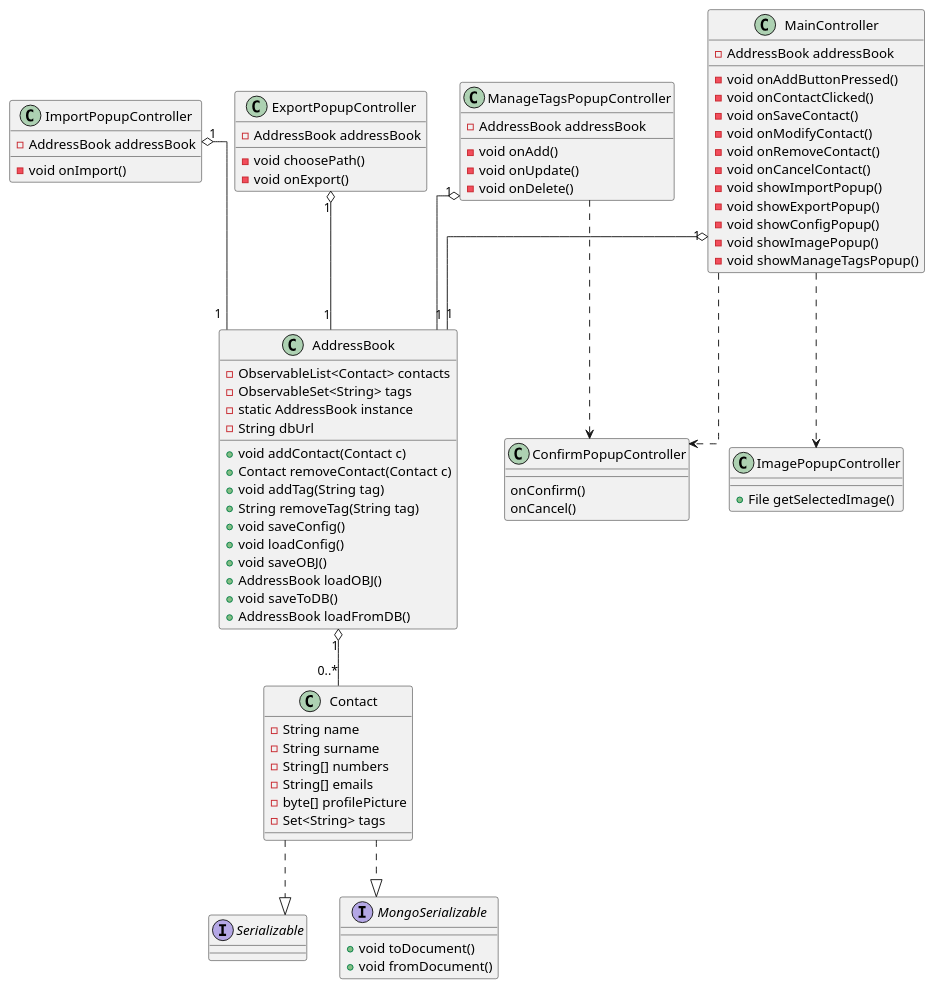
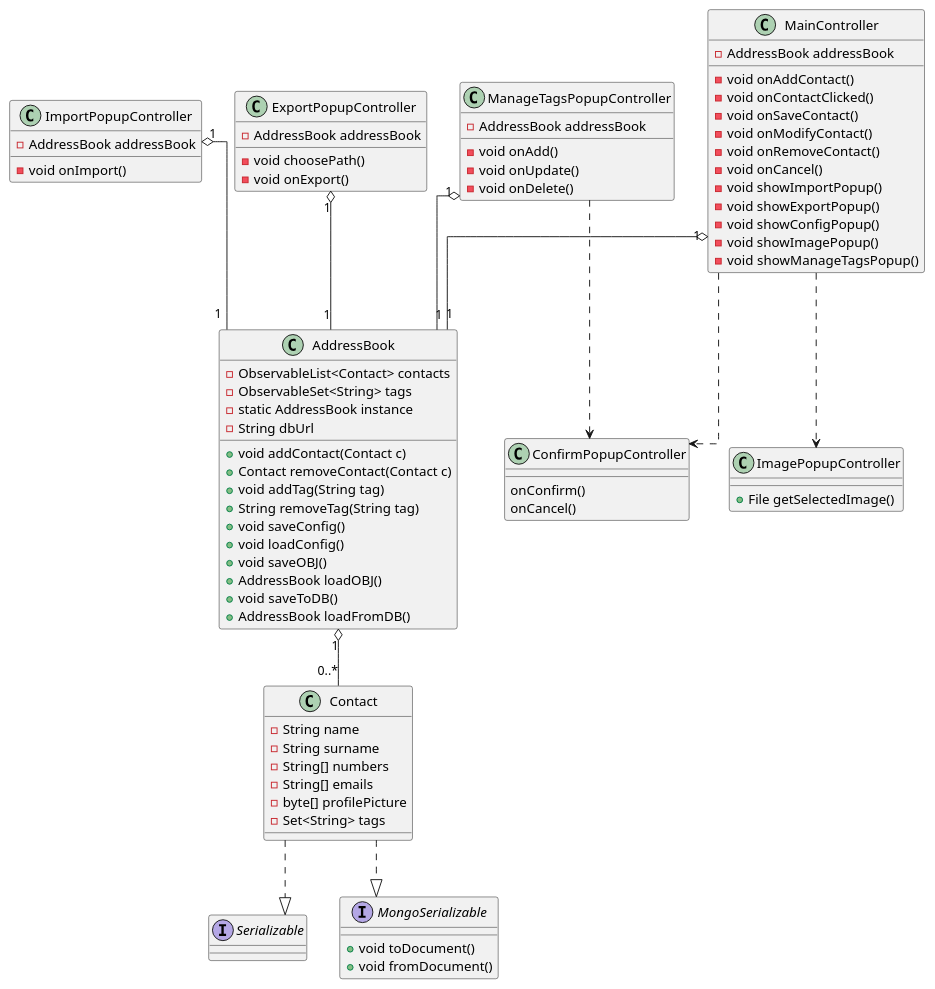
Before and after one commit to savaava/ProgettoRubrica: the diagram in documenti/diagrammaClassiEssenziale.puml, drawn with PlantUML. The commit also changed 1 other file, not shown here.

Commit message:
refact dei diagrammi di classe

```diff
--- a/documenti/diagrammaClassiEssenziale.puml
+++ b/documenti/diagrammaClassiEssenziale.puml
@@ -1,90 +1,90 @@
 @startuml DiagrammaDelleClassiEssenziale
 skinparam linetype ortho
 'top to bottom direction
 
 class Contact {
     - String name 
     - String surname 
     - String[] numbers
     - String[] emails
     - byte[] profilePicture
     - Set<String> tags   
 }
 
 interface Serializable 
 interface MongoSerializable {
     +void toDocument() 
     +void fromDocument()
 }
 Contact ..|> MongoSerializable
 Contact ..|> Serializable
 
 class AddressBook {
     - ObservableList<Contact> contacts
     - ObservableSet<String> tags
     - static AddressBook instance
     - String dbUrl 
     + void addContact(Contact c)
     + Contact removeContact(Contact c)
     + void addTag(String tag)
     + String removeTag(String tag)
     + void saveConfig()
     + void loadConfig()
     + void saveOBJ()
     + AddressBook loadOBJ()
     + void saveToDB()
     + AddressBook loadFromDB()    
 }
 AddressBook "1" o-- "0..*" Contact
 
 class MainController {
     - AddressBook addressBook
 
-    - void onAddButtonPressed()
+    - void onAddContact()
     - void onContactClicked()
     - void onSaveContact()
     - void onModifyContact()
     - void onRemoveContact()
-    - void onCancelContact()
+    - void onCancel()
     - void showImportPopup()
     - void showExportPopup()
     - void showConfigPopup()
     - void showImagePopup()
     - void showManageTagsPopup()
 }
 MainController "1" o-- "1" AddressBook
 
 class ImportPopupController {
     - AddressBook addressBook
     - void onImport()
 }
 ImportPopupController "1" o-- "1" AddressBook
 
 class ExportPopupController {
     - AddressBook addressBook
     - void choosePath()
     - void onExport()
 }
 ExportPopupController "1" o-- "1" AddressBook
 
 class ManageTagsPopupController {
     - AddressBook addressBook
     - void onAdd()
     - void onUpdate()
     - void onDelete()
 }
 ManageTagsPopupController "1" o-- "1" AddressBook
 
 class ImagePopupController {
     + File getSelectedImage()
 }
 MainController ..> ImagePopupController
 
 class ConfirmPopupController {
     onConfirm()
     onCancel()
 }
 MainController ..> ConfirmPopupController
 ManageTagsPopupController ..> ConfirmPopupController
 
 @enduml
```
